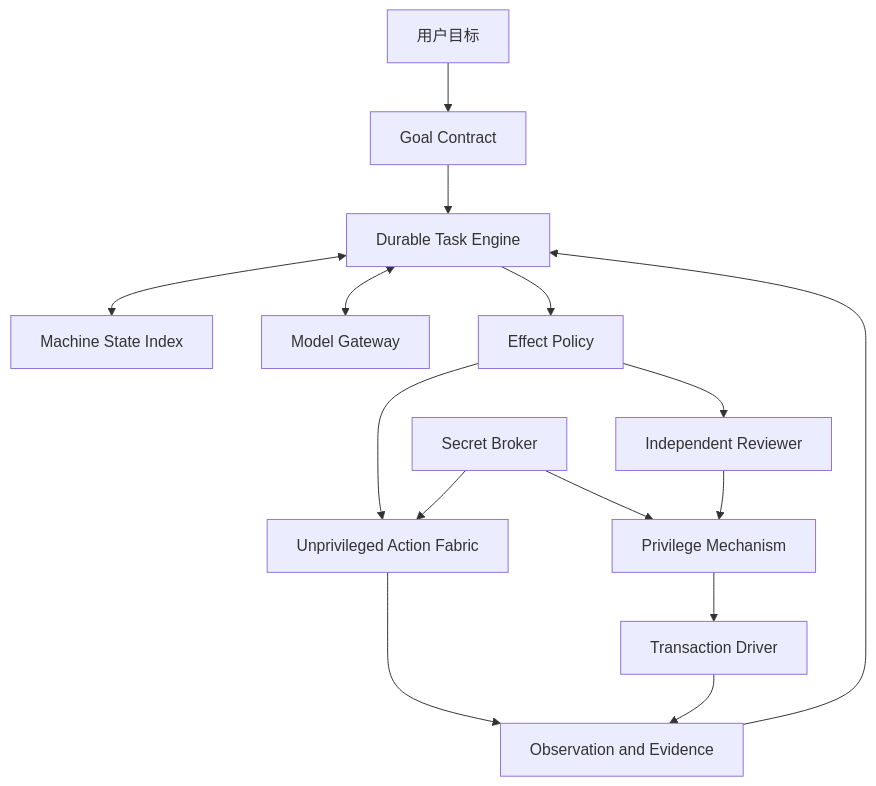
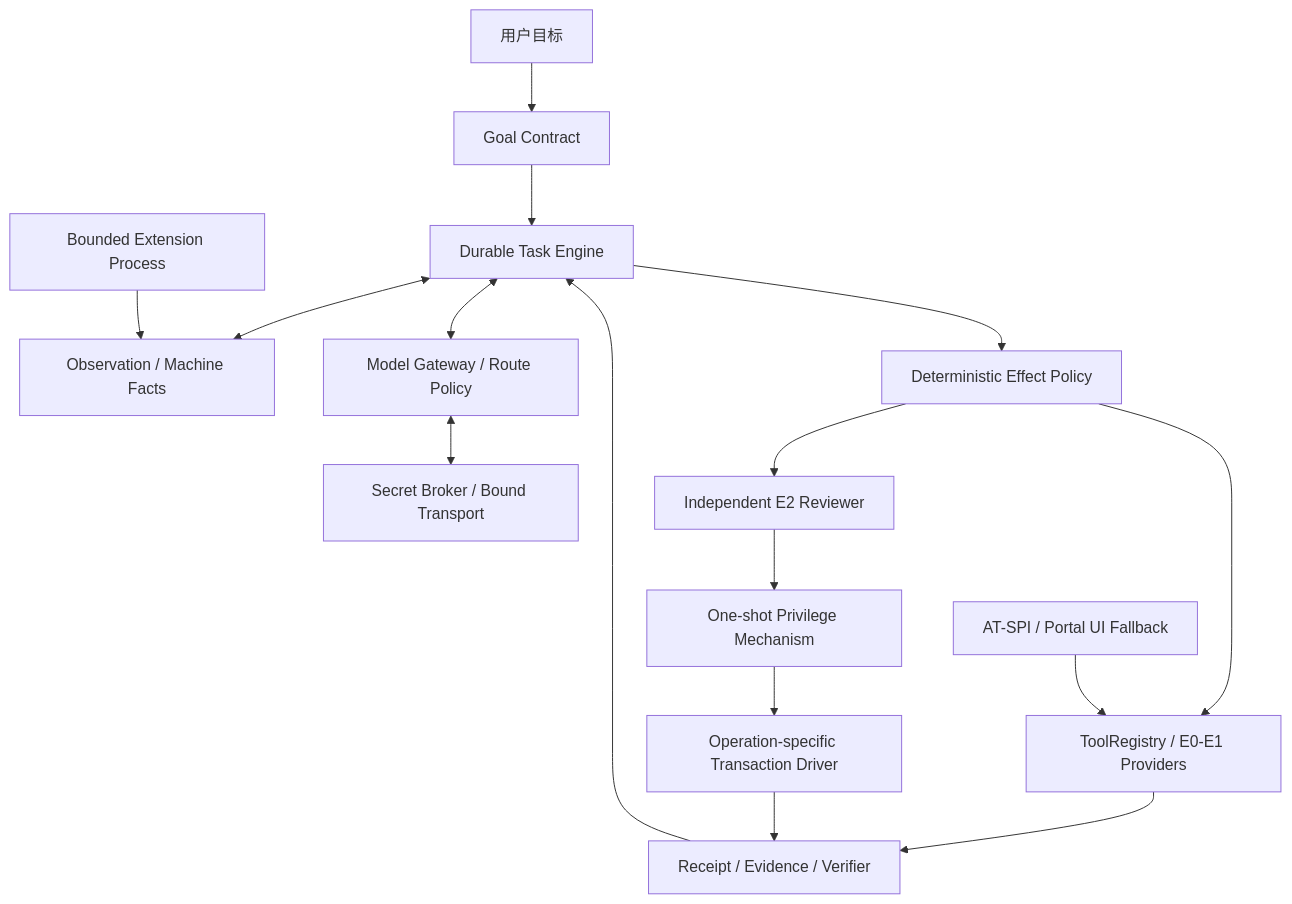
The diagram in docs/goals/agent_native/README.md (Rand0MGG/vibeos), drawn with Mermaid before and after one commit. The commit also changed other lines of this file and 53 other files, not shown here.

Commit message:
fix durable recovery and refresh roadmap

````diff
--- a/docs/goals/agent_native/README.md
+++ b/docs/goals/agent_native/README.md
@@ -48,17 +106,18 @@
 ```mermaid
 flowchart TD
     U["用户目标"] --> C["Goal Contract"]
     C --> K["Durable Task Engine"]
-    K <--> M["Machine State Index"]
-    K <--> G["Model Gateway"]
-    K --> F["Effect Policy"]
-    F --> A["Unprivileged Action Fabric"]
-    F --> R["Independent Reviewer"]
-    R --> P["Privilege Mechanism"]
-    P --> X["Transaction Driver"]
-    A --> E["Observation and Evidence"]
+    K <--> O["Observation / Machine Facts"]
+    K <--> G["Model Gateway / Route Policy"]
+    G <--> S["Secret Broker / Bound Transport"]
+    K --> F["Deterministic Effect Policy"]
+    F --> T["ToolRegistry / E0-E1 Providers"]
+    F --> R["Independent E2 Reviewer"]
+    R --> P["One-shot Privilege Mechanism"]
+    P --> X["Operation-specific Transaction Driver"]
+    T --> E["Receipt / Evidence / Verifier"]
     X --> E
     E --> K
-    S["Secret Broker"] --> A
-    S --> P
+    D["AT-SPI / Portal UI Fallback"] --> T
+    Q["Bounded Extension Process"] --> O
 ```
````
